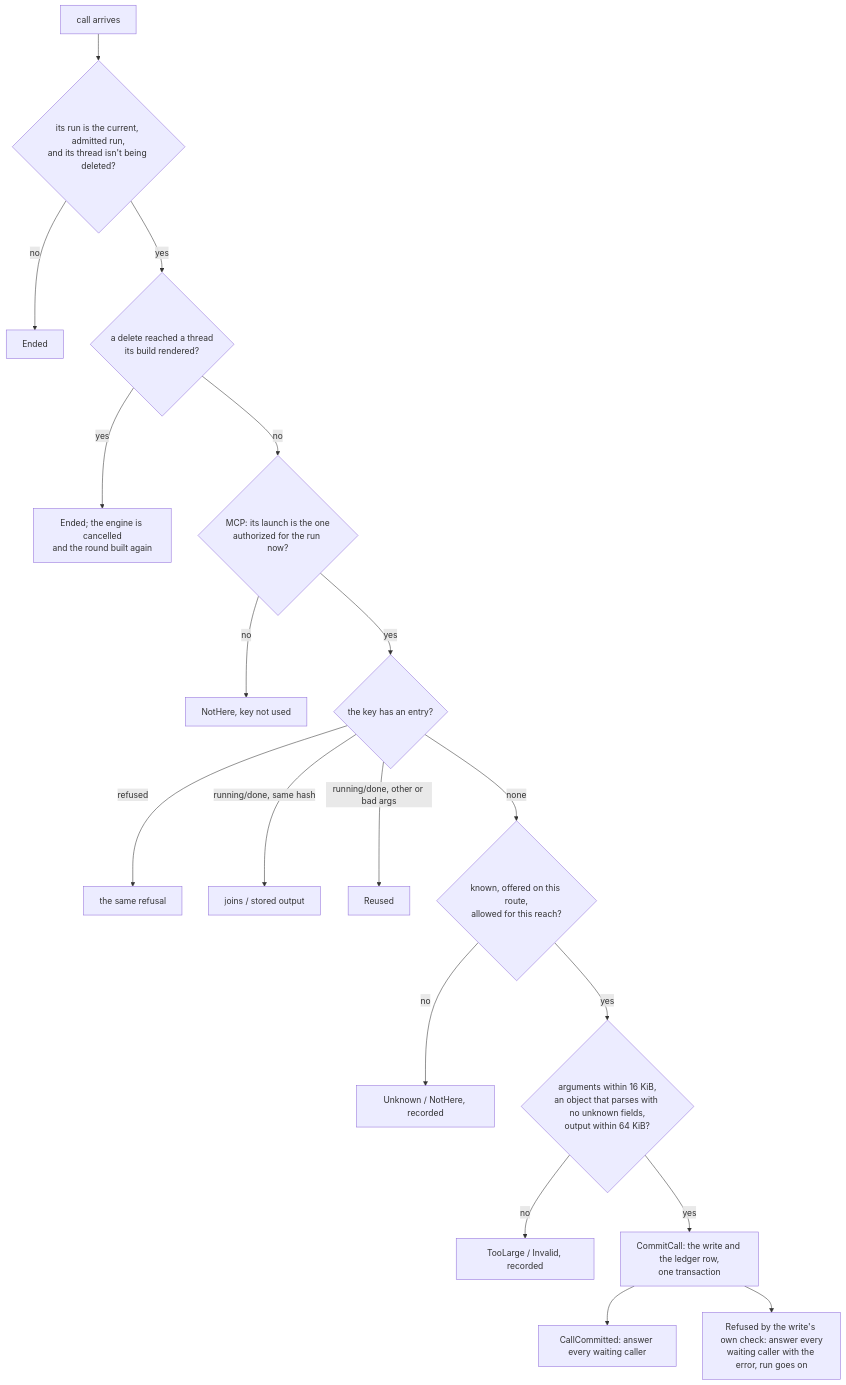
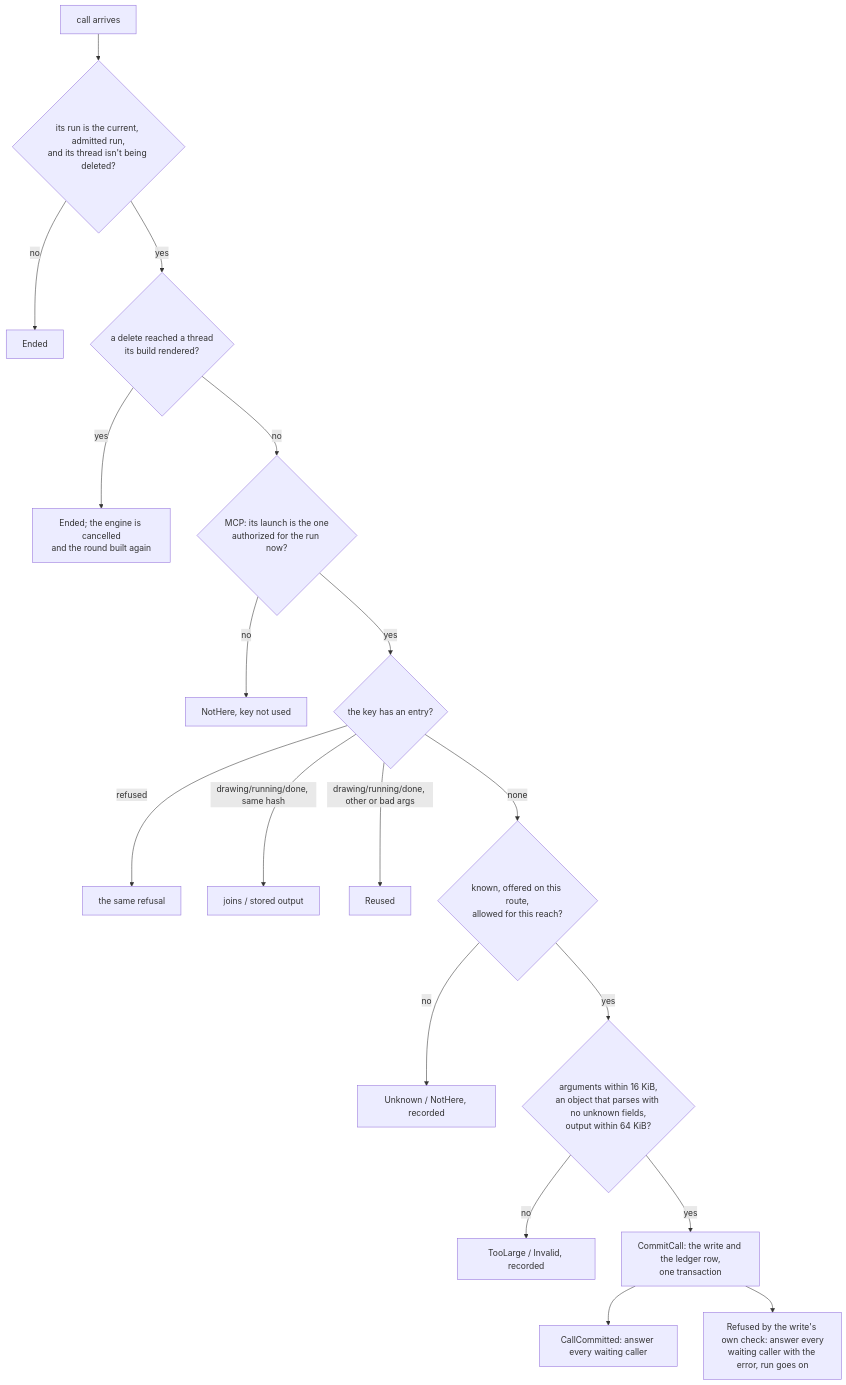
One commit to labcoder/capsula changed the diagram in docs/development/tools.md. Above: the diagram before and after it, drawn with Mermaid. The commit also changed other lines of this file and 31 other files, not shown here.

````diff
--- a/docs/development/tools.md
+++ b/docs/development/tools.md
@@ -26,20 +26,20 @@
 ```mermaid
 flowchart TD
     A[call arrives] --> B{its run is the current, admitted run,<br/>and its thread isn't being deleted?}
     B -- no --> E1[Ended]
     B -- yes --> V{a delete reached a thread<br/>its build rendered?}
     V -- yes --> E7[Ended; the engine is cancelled<br/>and the round built again]
     V -- no --> C{MCP: its launch is the one<br/>authorized for the run now?}
     C -- no --> E2[NotHere, key not used]
     C -- yes --> D{the key has an entry?}
     D -- refused --> E3[the same refusal]
-    D -- running/done, same hash --> J[joins / stored output]
-    D -- running/done, other or bad args --> E4[Reused]
+    D -- drawing/running/done, same hash --> J[joins / stored output]
+    D -- drawing/running/done, other or bad args --> E4[Reused]
     D -- none --> F{known, offered on this route,<br/>allowed for this reach?}
     F -- no --> E5[Unknown / NotHere, recorded]
     F -- yes --> G{arguments within 16 KiB,<br/>an object that parses with no unknown fields,<br/>output within 64 KiB?}
     G -- no --> E6[TooLarge / Invalid, recorded]
     G -- yes --> H[CommitCall: the write and the ledger row,<br/>one transaction]
     H --> I[CallCommitted: answer every waiting caller]
     H --> K[Refused by the write's own check: answer every<br/>waiting caller with the error, run goes on]
 ```
````
